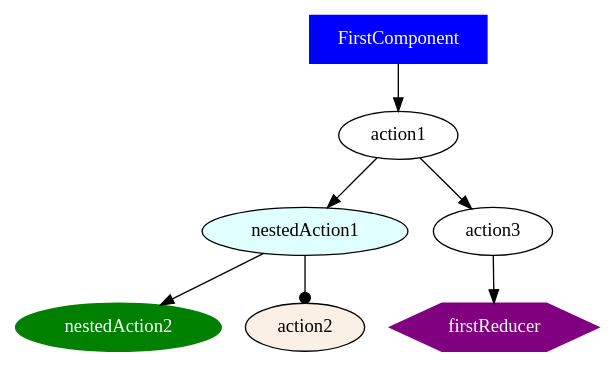
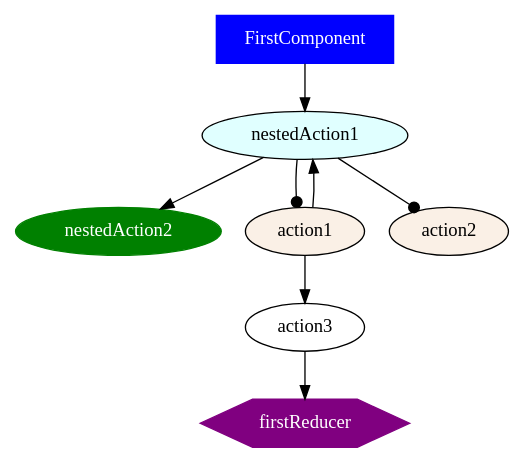
The diagram in docs/examples/case2/nestedAction2.dot (ammarnajjar/ngrx-graph), drawn with Graphviz before and after one commit. The commit also changed 6 other files, not shown here.

Commit message:
refactor action flow and update nested actions in case2 examples

```diff
--- a/docs/examples/case2/nestedAction2.dot
+++ b/docs/examples/case2/nestedAction2.dot
@@ -1,14 +1,16 @@
 digraph {
 FirstComponent [shape="box", color=blue, fillcolor=blue, fontcolor=white, style=filled]
-FirstComponent -> action1
+nestedAction1 [color=black, fillcolor=lightcyan, fontcolor=black, style=filled]
+FirstComponent -> nestedAction1
 nestedAction2 [color=black, fillcolor=lightcyan, fontcolor=black, style=filled]
 nestedAction2 [color=green, fillcolor=green, fontcolor=white, style=filled]
-nestedAction1 [color=black, fillcolor=lightcyan, fontcolor=black, style=filled]
 nestedAction1 -> nestedAction2
 action1 -> nestedAction1
 action1 -> action3
+action1 [fillcolor=linen, style=filled]
+nestedAction1 -> action1 [arrowhead=dot]
 action2 [fillcolor=linen, style=filled]
 nestedAction1 -> action2 [arrowhead=dot]
 firstReducer [shape="hexagon", color=purple, fillcolor=purple, fontcolor=white, style=filled]
 action3 -> firstReducer
 }
```
